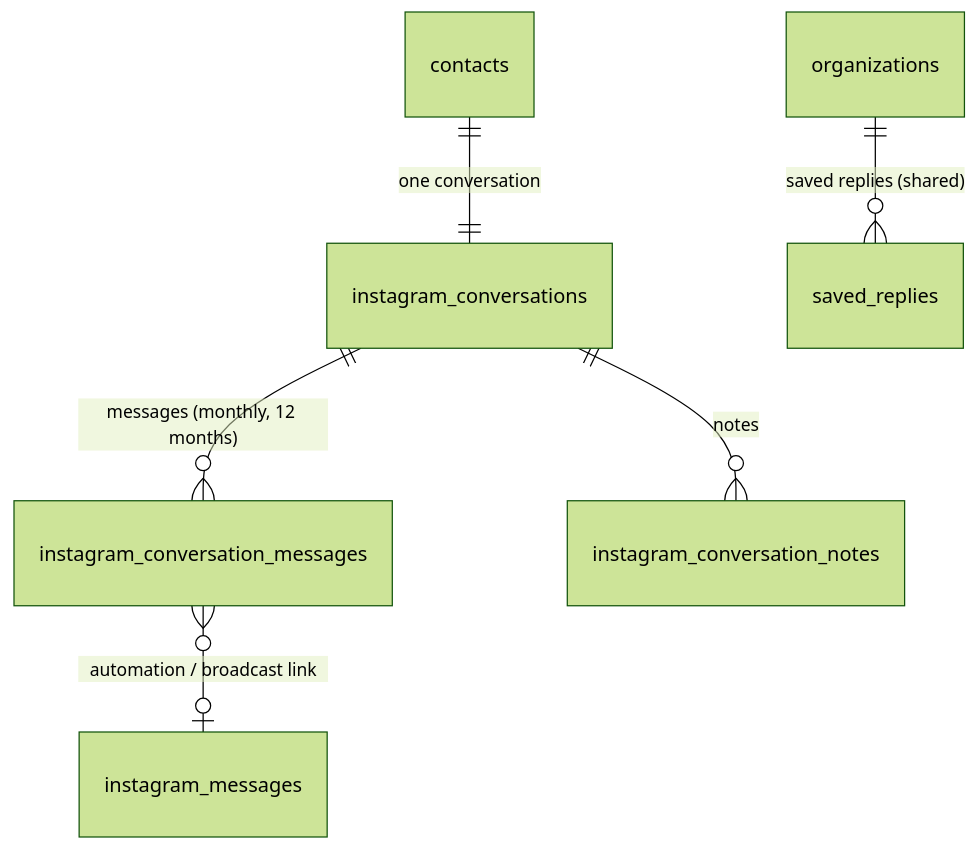
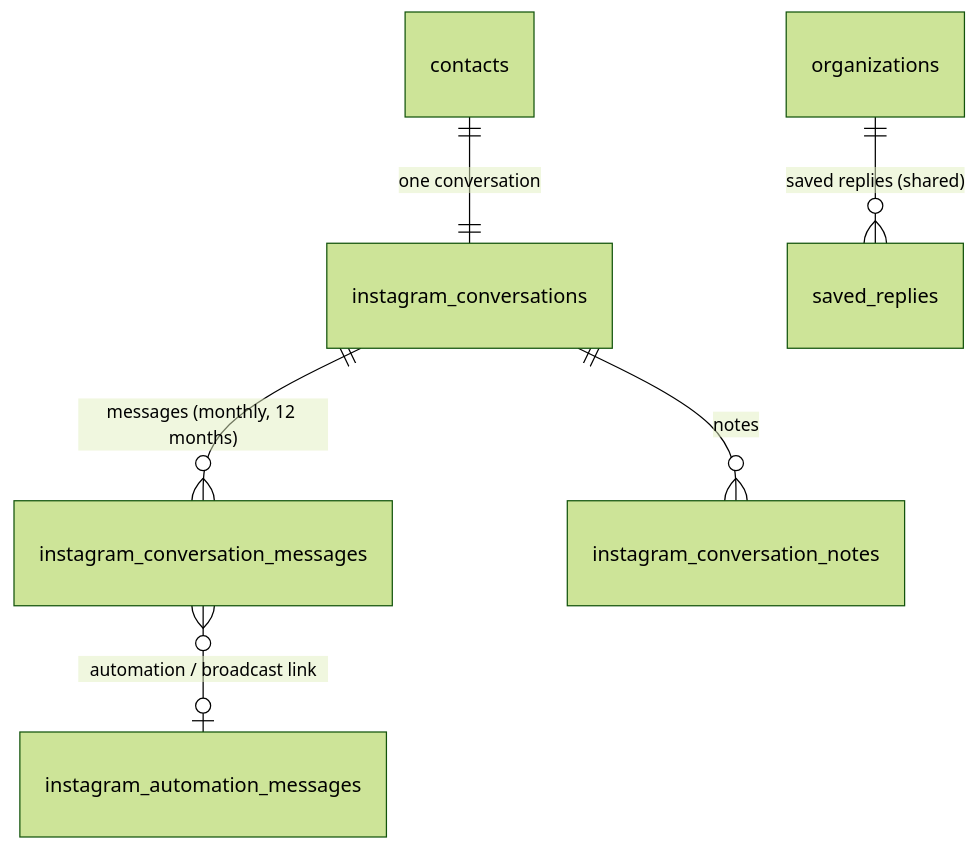
Before and after one commit to albetrios/meepzo-be: the diagram in iterations/feat-instagram-inbox-2026-11-26-bcar/plans/db-changes.md, drawn with Mermaid (forest theme). The commit also changed other lines of this file and 2 other files, not shown here.

Commit message:
docs(iterations): rename the sender's ledger to instagram automation messages in the inbox plan
Claude-Session: https://claude.ai/code/session_01UALJNxHc8tXhf7FYok8vVJ

````diff
--- a/iterations/feat-instagram-inbox-2026-11-26-bcar/plans/db-changes.md
+++ b/iterations/feat-instagram-inbox-2026-11-26-bcar/plans/db-changes.md
@@ -14,8 +14,8 @@
 ```mermaid
 erDiagram
   contacts ||--|| instagram_conversations : "one conversation"
   instagram_conversations ||--o{ instagram_conversation_messages : "messages (monthly, 12 months)"
   instagram_conversations ||--o{ instagram_conversation_notes : "notes"
   organizations ||--o{ saved_replies : "saved replies (shared)"
-  instagram_conversation_messages }o--o| instagram_messages : "automation / broadcast link"
+  instagram_conversation_messages }o--o| instagram_automation_messages : "automation / broadcast link"
 ```
````
